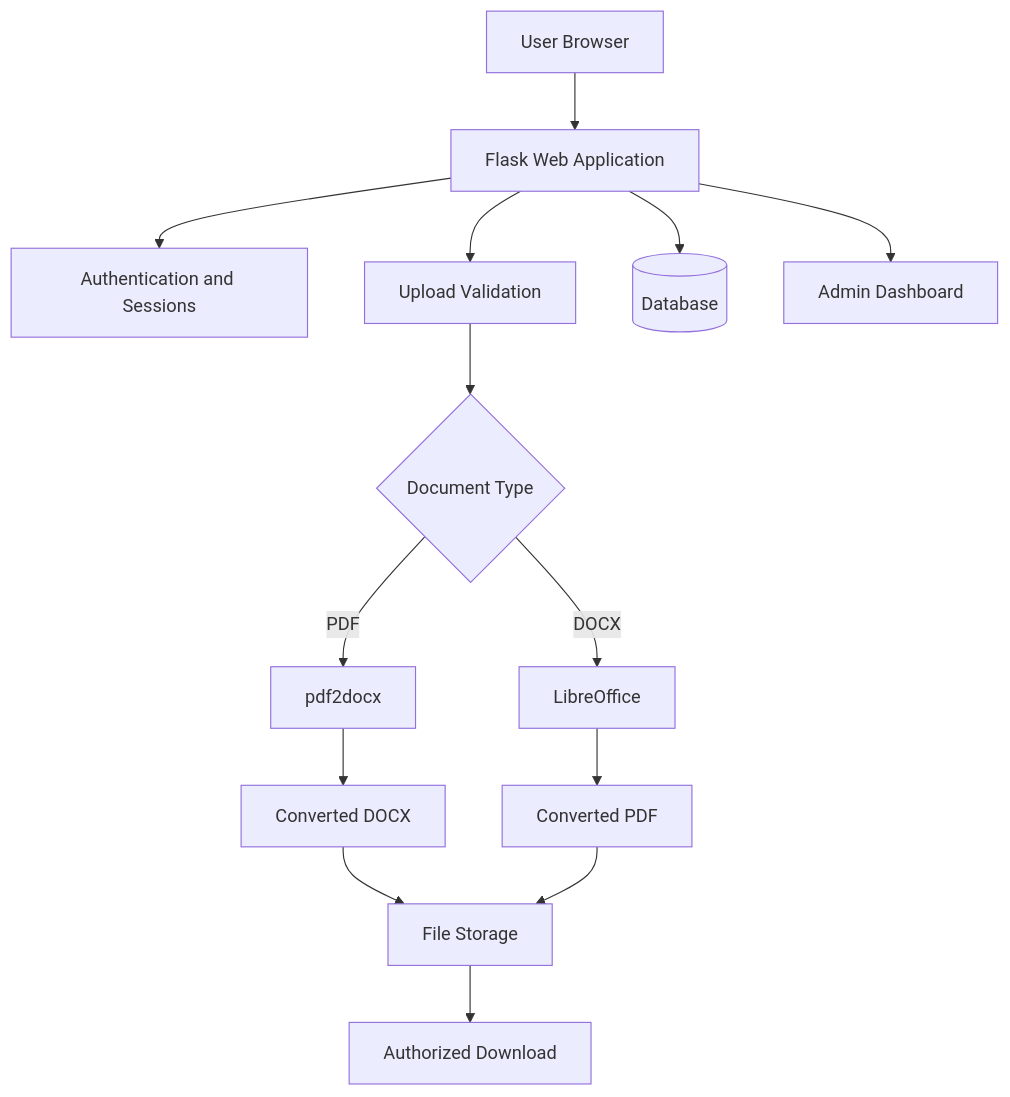
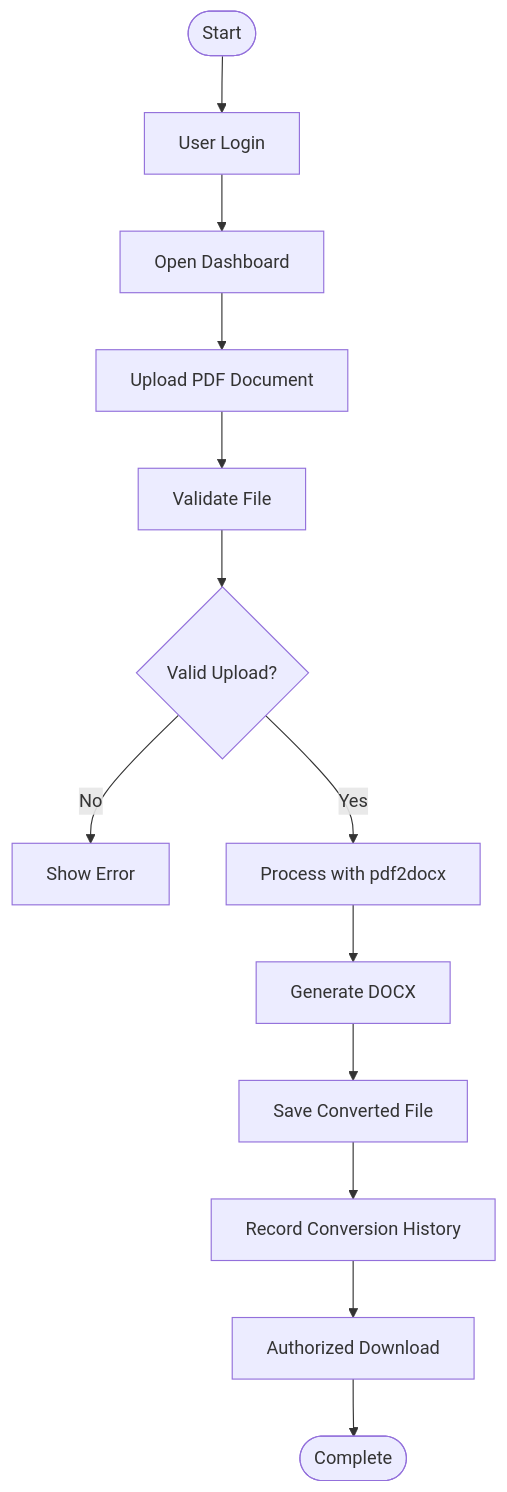
The first of 4 diagrams in README.md (lakshyakansal/DocuFlow-PDF-Word-Converter), drawn with Mermaid before and after one commit. The commit also changed other lines of this file, not shown here.

````diff
--- a/README.md
+++ b/README.md
@@ -55,16 +68,15 @@
 ```mermaid
 flowchart TD
-    A[User Browser] --> B[Flask Web Application]
-    B --> C[Authentication and Sessions]
-    B --> D[Upload Validation]
-    D --> E{Document Type}
-    E -->|PDF| F[pdf2docx]
-    E -->|DOCX| G[LibreOffice]
-    F --> H[Converted DOCX]
-    G --> I[Converted PDF]
-    H --> J[File Storage]
-    I --> J
-    B --> K[(Database)]
-    B --> L[Admin Dashboard]
-    J --> M[Authorized Download]
+    A([Start]) --> B[User Login]
+    B --> C[Open Dashboard]
+    C --> D[Upload PDF Document]
+    D --> E[Validate File]
+    E --> F{Valid Upload?}
+    F -->|No| G[Show Error]
+    F -->|Yes| H[Process with pdf2docx]
+    H --> I[Generate DOCX]
+    I --> J[Save Converted File]
+    J --> K[Record Conversion History]
+    K --> L[Authorized Download]
+    L --> M([Complete])
 ```
````
